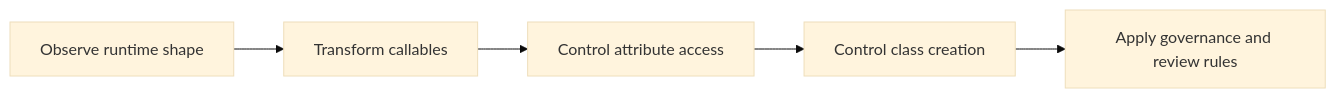
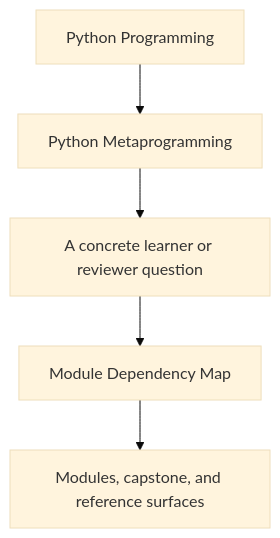
Before and after one commit to bijux/bijux-masterclass: the first of 2 diagrams in programs/python-programming/python-meta-programming/course-book/guides/module-dependency-map.md, drawn with Mermaid (base theme). The commit also changed other lines of this file and 15 other files, not shown here.

Commit message:
docs(python-meta-programming): sharpen guide and reference diagrams

````diff
--- a/programs/python-programming/python-meta-programming/course-book/guides/module-dependency-map.md
+++ b/programs/python-programming/python-meta-programming/course-book/guides/module-dependency-map.md
@@ -24,7 +6,7 @@
 ```mermaid
-flowchart LR
-  observe["Observe runtime shape"] --> transform["Transform callables"]
-  transform --> control["Control attribute access"]
-  control --> create["Control class creation"]
-  create --> govern["Apply governance and review rules"]
+flowchart TD
+  family["Python Programming"] --> program["Python Metaprogramming"]
+  program --> pressure["A concrete learner or reviewer question"]
+  pressure --> guide["Module Dependency Map"]
+  guide --> next["Modules, capstone, and reference surfaces"]
 ```
````
